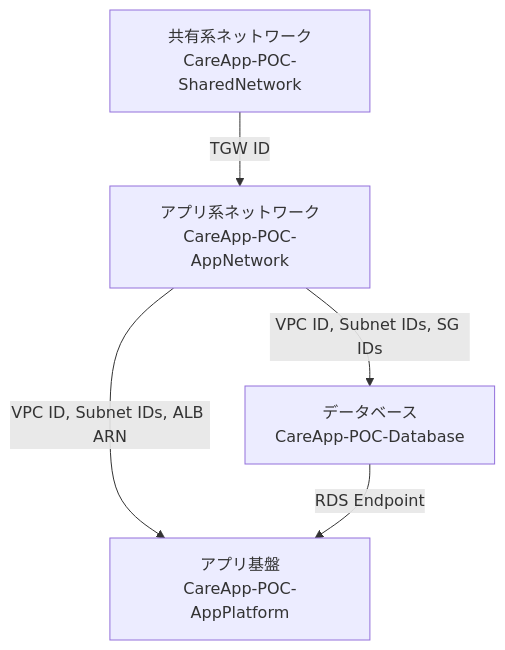
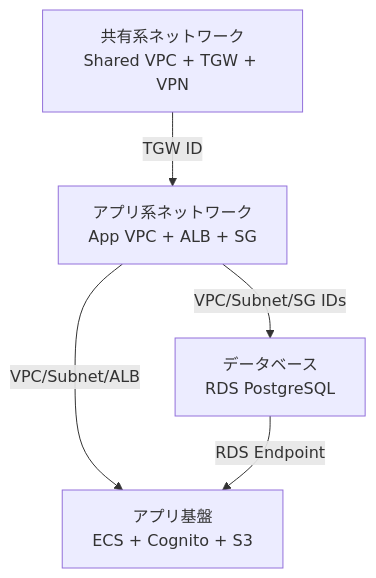
The diagram in infra/README.md (k-tanaka-522/AWS-ECS-Forgate), drawn with Mermaid before and after one commit. The commit also changed other lines of this file and 45 other files, not shown here.

````diff
--- a/infra/README.md
+++ b/infra/README.md
@@ -112,12 +16,12 @@
 ```mermaid
 graph TD
-    SharedNetwork[共有系ネットワーク<br/>CareApp-POC-SharedNetwork]
-    AppNetwork[アプリ系ネットワーク<br/>CareApp-POC-AppNetwork]
-    Database[データベース<br/>CareApp-POC-Database]
-    AppPlatform[アプリ基盤<br/>CareApp-POC-AppPlatform]
+    SharedNetwork[共有系ネットワーク<br/>Shared VPC + TGW + VPN]
+    AppNetwork[アプリ系ネットワーク<br/>App VPC + ALB + SG]
+    Database[データベース<br/>RDS PostgreSQL]
+    AppPlatform[アプリ基盤<br/>ECS + Cognito + S3]
 
     SharedNetwork -->|TGW ID| AppNetwork
-    AppNetwork -->|VPC ID, Subnet IDs, SG IDs| Database
-    AppNetwork -->|VPC ID, Subnet IDs, ALB ARN| AppPlatform
+    AppNetwork -->|VPC/Subnet/SG IDs| Database
+    AppNetwork -->|VPC/Subnet/ALB| AppPlatform
     Database -->|RDS Endpoint| AppPlatform
 ```
````
